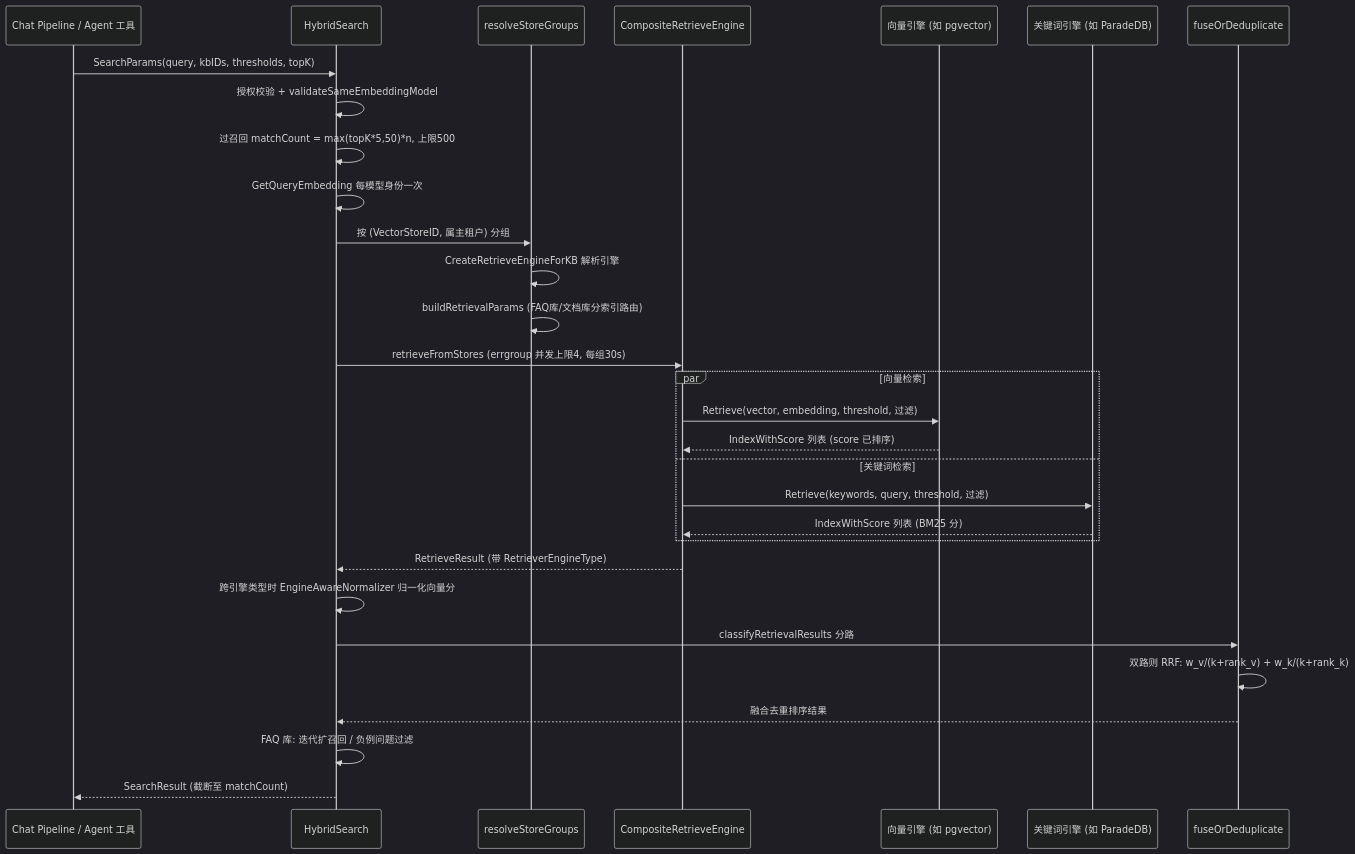
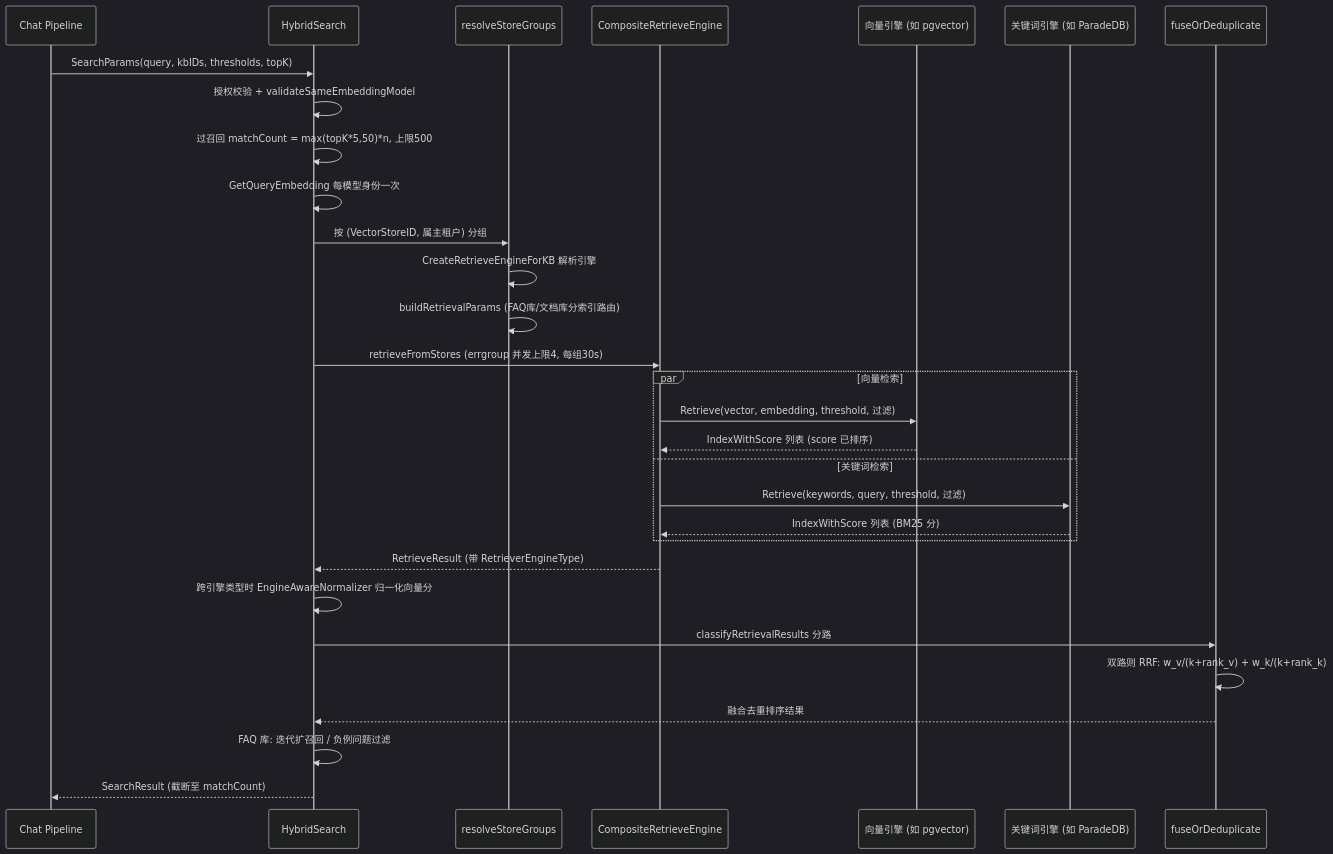
The second of 2 diagrams in website-docs/03-features/05-retrieval-engines.md (magicyuan876/Yuheng), drawn with Mermaid (dark theme) before and after one commit. The commit also changed 994 other files, not shown here.

````diff
--- a/website-docs/03-features/05-retrieval-engines.md
+++ b/website-docs/03-features/05-retrieval-engines.md
@@ -271,33 +271,33 @@
 ```mermaid
 sequenceDiagram
-    participant P as Chat Pipeline / Agent 工具
+    participant P as Chat Pipeline
     participant H as HybridSearch
     participant G as resolveStoreGroups
     participant C as CompositeRetrieveEngine
     participant V as 向量引擎 (如 pgvector)
     participant K as 关键词引擎 (如 ParadeDB)
     participant F as fuseOrDeduplicate
 
     P->>H: SearchParams(query, kbIDs, thresholds, topK)
     H->>H: 授权校验 + validateSameEmbeddingModel
     H->>H: 过召回 matchCount = max(topK*5,50)*n, 上限500
     H->>H: GetQueryEmbedding 每模型身份一次
     H->>G: 按 (VectorStoreID, 属主租户) 分组
     G->>G: CreateRetrieveEngineForKB 解析引擎
     G->>G: buildRetrievalParams (FAQ库/文档库分索引路由)
     H->>C: retrieveFromStores (errgroup 并发上限4, 每组30s)
     par 向量检索
         C->>V: Retrieve(vector, embedding, threshold, 过滤)
         V-->>C: IndexWithScore 列表 (score 已排序)
     and 关键词检索
         C->>K: Retrieve(keywords, query, threshold, 过滤)
         K-->>C: IndexWithScore 列表 (BM25 分)
     end
     C-->>H: RetrieveResult (带 RetrieverEngineType)
     H->>H: 跨引擎类型时 EngineAwareNormalizer 归一化向量分
     H->>F: classifyRetrievalResults 分路
     F->>F: 双路则 RRF: w_v/(k+rank_v) + w_k/(k+rank_k)
     F-->>H: 融合去重排序结果
     H->>H: FAQ 库: 迭代扩召回 / 负例问题过滤
     H-->>P: SearchResult (截断至 matchCount)
 ```
````
